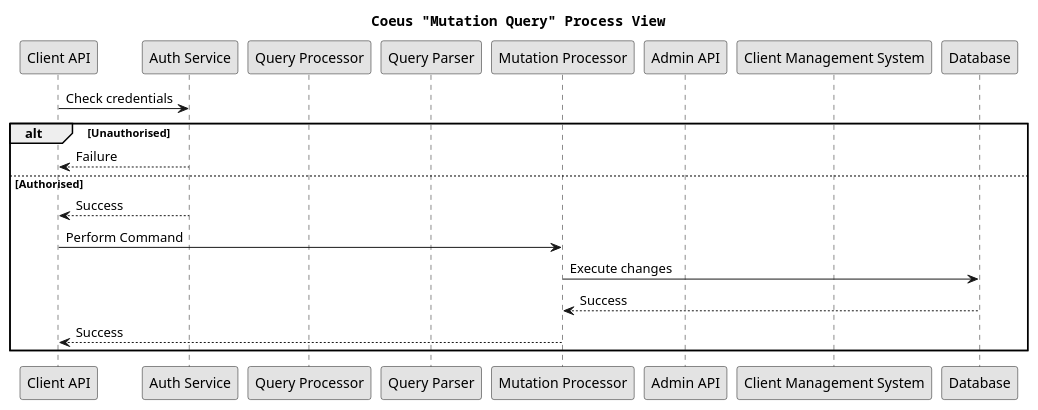
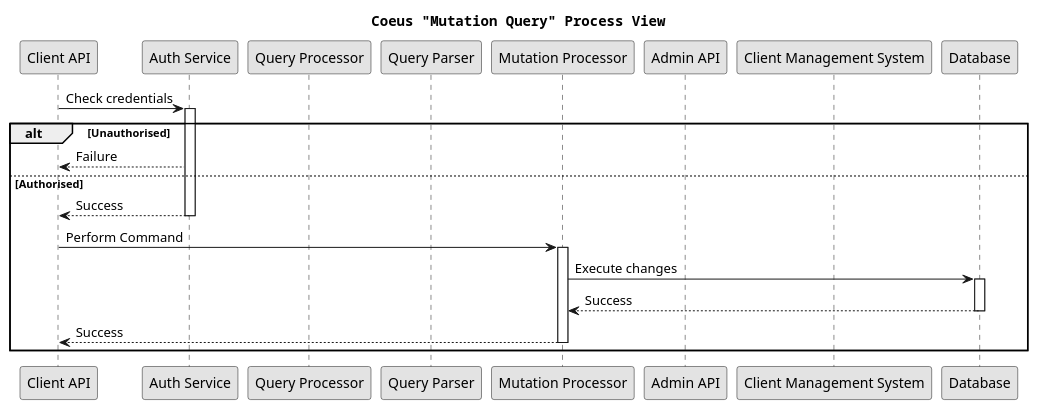
Before and after one commit to USI-MSDE-SA-2022/software-architecture-model-Annonymus-v02: diagram 16 of 17 in src/sa/model/index.md, drawn with PlantUML. The commit also changed other lines of this file and 1 other file, not shown here.

````diff
--- a/src/sa/model/index.md
+++ b/src/sa/model/index.md
@@ -759,29 +761,31 @@
 ```puml
 @startuml
 title Coeus "Mutation Query" Process View
+autoactivate off
 
 participant "Client API" as CAPI
 participant "Auth Service" as AUTH
 participant "Query Processor" as PROC
 participant "Query Parser" as PARSE
 participant "Mutation Processor" as MUT
 participant "Admin API" as ADM_API
 participant "Client Management System" as ADM
 participant "Database" as DB
 
-CAPI -> AUTH: Check credentials
+CAPI -> AUTH ++: Check credentials
 alt Unauthorised
 CAPI <-- AUTH: Failure
 else Authorised
-CAPI <-- AUTH: Success
-CAPI -> MUT: Perform Command
-MUT -> DB: Execute changes
-MUT <-- DB: Success
-CAPI <-- MUT: Success
+'activate PROC
+return Success
+CAPI -> MUT ++: Perform Command
+MUT -> DB ++: Execute changes
+return Success
+return Success
 end
 
 skinparam monochrome true
 skinparam shadowing false
 skinparam defaultFontName Courier
 @enduml
 ```
````
